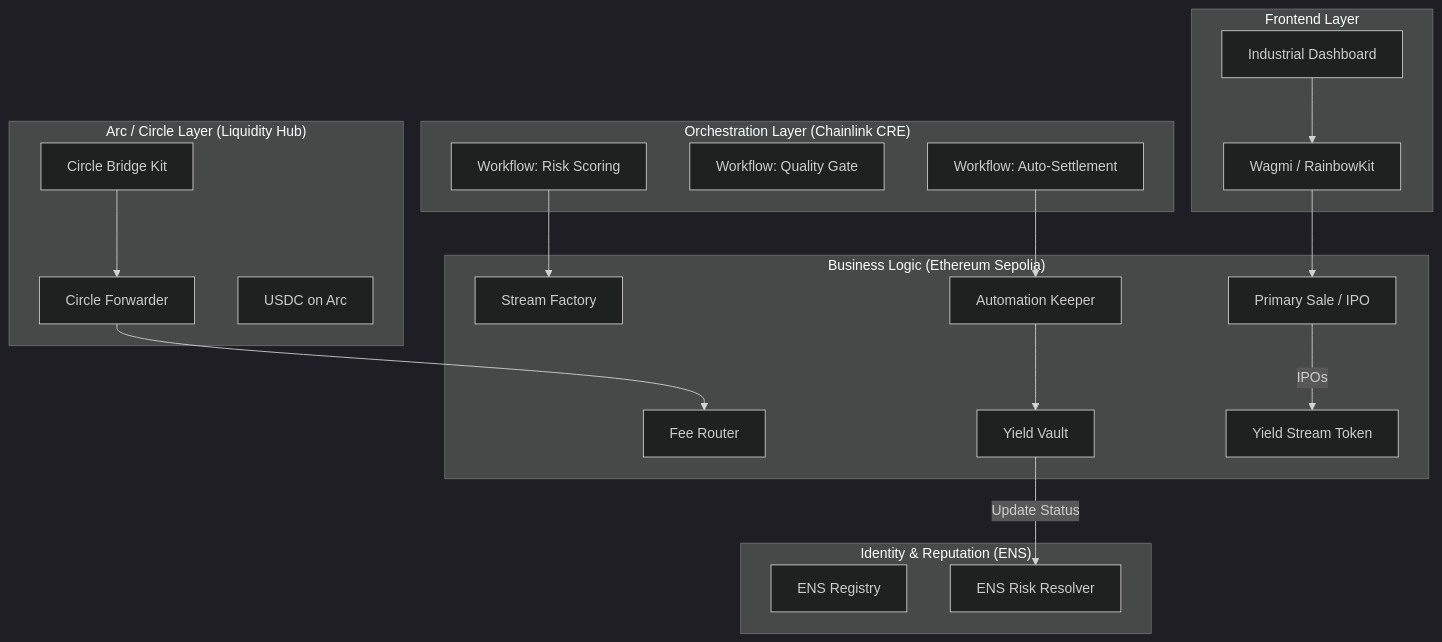
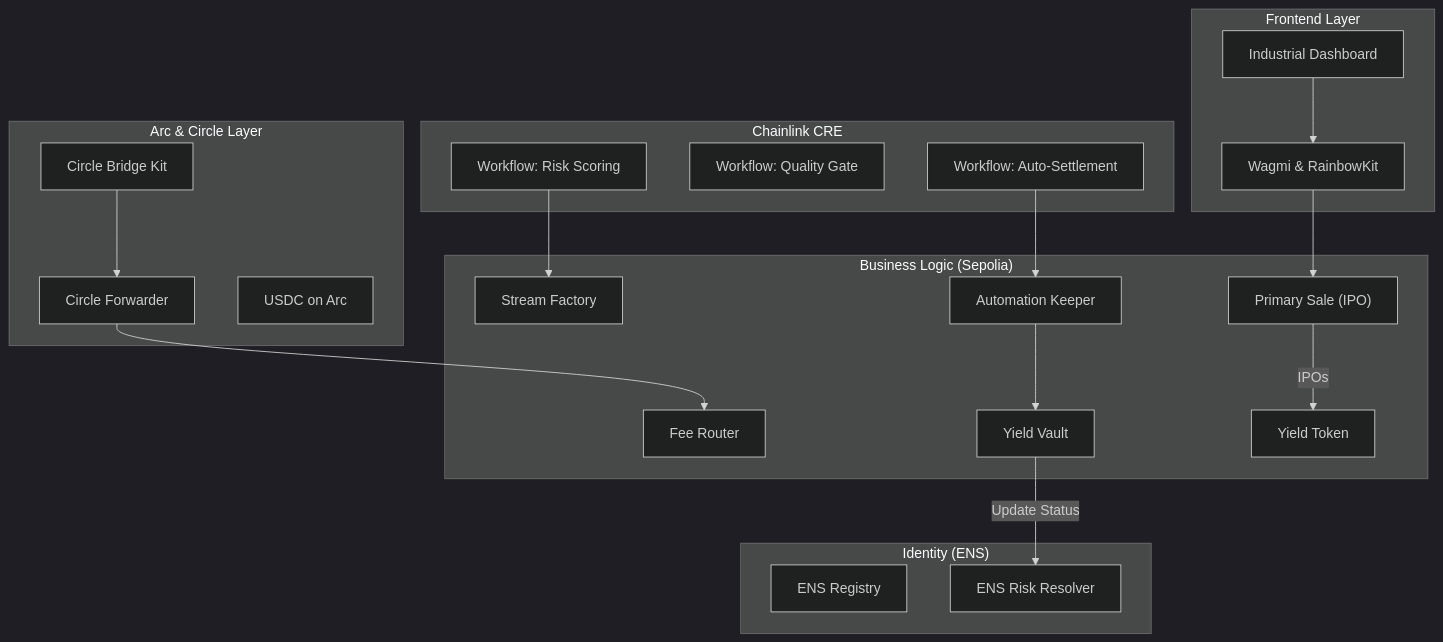
One commit to Mariussgal/ETH-GLOBAL-CANNES-2026 changed the first of 2 diagrams in README.md. Above: the diagram before and after it, drawn with Mermaid (dark theme). The commit also changed other lines of this file and 2 other files, not shown here.

Commit message:
arc integration

````diff
--- a/README.md
+++ b/README.md
@@ -34,43 +34,43 @@
 ```mermaid
-graph TB
+flowchart TB
     subgraph Frontend["Frontend Layer"]
         UI["Industrial Dashboard"]
-        Wagmi["Wagmi / RainbowKit"]
+        Wagmi["Wagmi & RainbowKit"]
     end
 
-    subgraph ArcLayer["Arc / Circle Layer (Liquidity Hub)"]
+    subgraph Arc["Arc & Circle Layer"]
         Bridge["Circle Bridge Kit"]
         Forwarder["Circle Forwarder"]
         ArcUSDC["USDC on Arc"]
     end
 
-    subgraph CRE["Orchestration Layer (Chainlink CRE)"]
+    subgraph Chainlink["Chainlink CRE"]
         WF1["Workflow: Risk Scoring"]
         WF2["Workflow: Quality Gate"]
         WF3["Workflow: Auto-Settlement"]
     end
 
-    subgraph Sepolia["Business Logic (Ethereum Sepolia)"]
+    subgraph Sepolia["Business Logic (Sepolia)"]
         Factory["Stream Factory"]
-        Primary["Primary Sale / IPO"]
+        Primary["Primary Sale (IPO)"]
         Router["Fee Router"]
         Vault["Yield Vault"]
-        YST["Yield Stream Token"]
+        YST["Yield Token"]
         Keeper["Automation Keeper"]
     end
 
-    subgraph Identity["Identity & Reputation (ENS)"]
+    subgraph ENS["Identity (ENS)"]
         Registry["ENS Registry"]
         Resolver["ENS Risk Resolver"]
     end
 
     UI --> Wagmi
     Wagmi --> Primary
     Bridge --> Forwarder
     Forwarder --> Router
     WF1 --> Factory
     WF3 --> Keeper
     Keeper --> Vault
-    Vault -- "Update Status" --> Resolver
-    Primary -- "IPOs" --> YST
+    Vault -->|Update Status| Resolver
+    Primary -->|IPOs| YST
 ```
````
